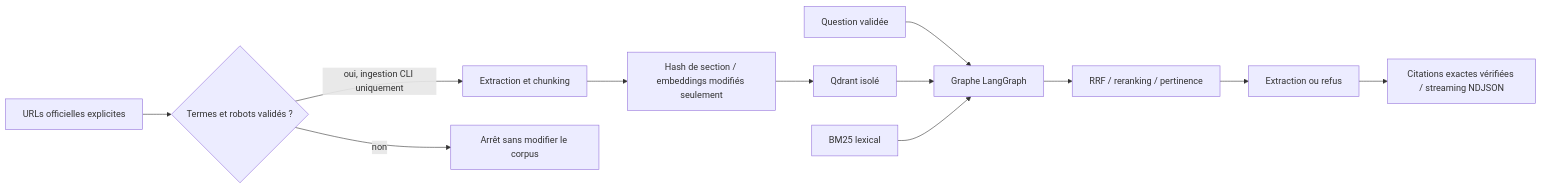
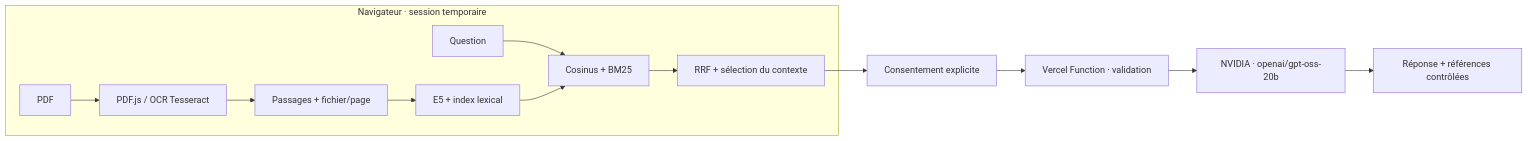
The diagram in README.md (Omaroid/hands-on-rag-lab), drawn with Mermaid before and after one commit. The commit also changed other lines of this file and 26 other files, not shown here.

````diff
--- a/README.md
+++ b/README.md
@@ -76,14 +25,15 @@
 ```mermaid
 flowchart LR
-  A[URLs officielles explicites] --> B{Termes et robots validés ?}
-  B -->|oui, ingestion CLI uniquement| C[Extraction et chunking]
-  B -->|non| X[Arrêt sans modifier le corpus]
-  C --> D[Hash de section / embeddings modifiés seulement]
-  D --> E[Qdrant isolé]
-  Q[Question validée] --> G[Graphe LangGraph]
-  E --> G
-  L[BM25 lexical] --> G
-  G --> R[RRF / reranking / pertinence]
-  R --> V[Extraction ou refus]
-  V --> Z[Citations exactes vérifiées / streaming NDJSON]
+  subgraph Browser["Navigateur · session temporaire"]
+    PDF[PDF] --> Read[PDF.js / OCR Tesseract]
+    Read --> Chunks[Passages + fichier/page]
+    Chunks --> Index[E5 + index lexical]
+    Question[Question] --> Search[Cosinus + BM25]
+    Index --> Search
+    Search --> RRF[RRF + sélection du contexte]
+  end
+  RRF --> Consent[Consentement explicite]
+  Consent --> API[Vercel Function · validation]
+  API --> NVIDIA[NVIDIA · openai/gpt-oss-20b]
+  NVIDIA --> Answer[Réponse + références contrôlées]
 ```
````
